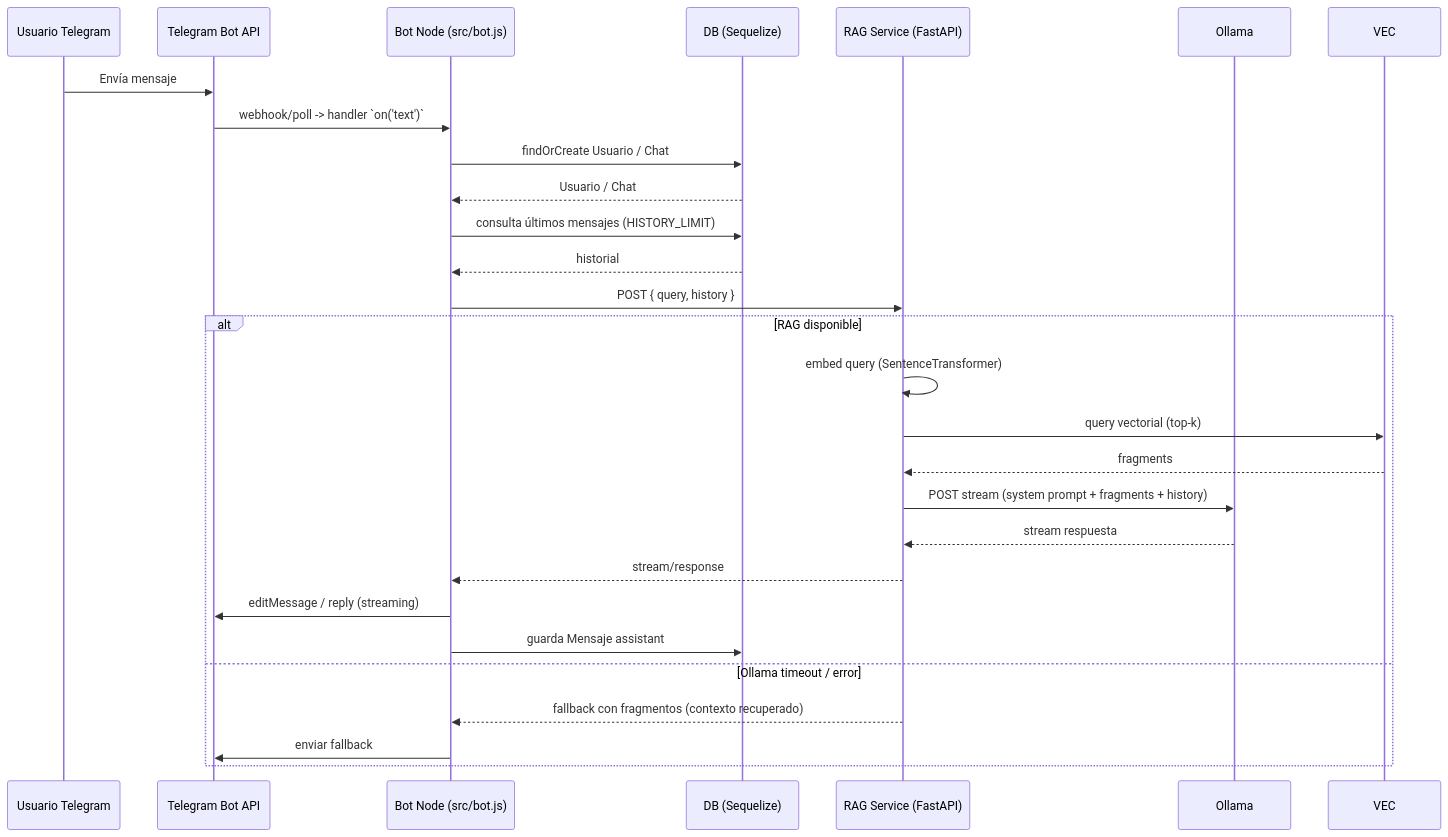
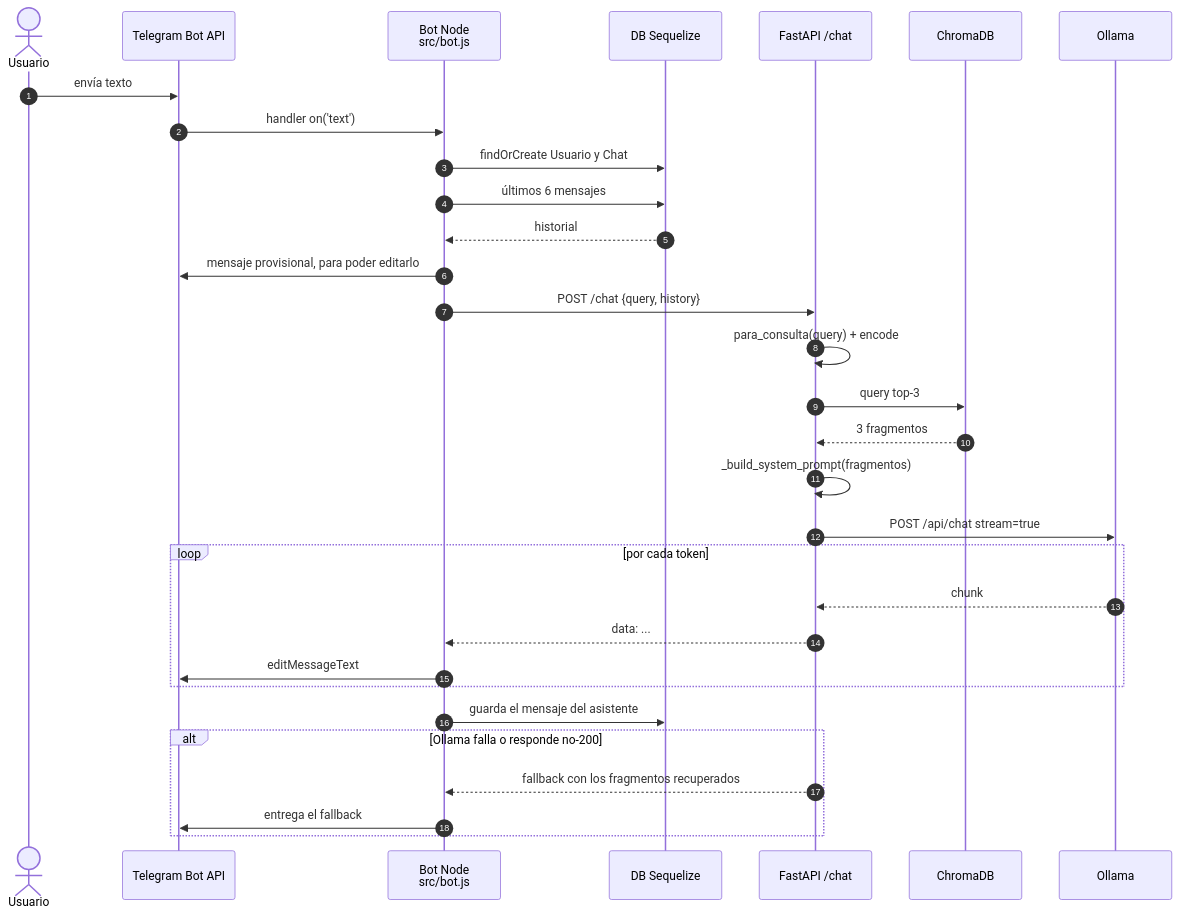
Before and after one commit to Yami-000/EmprendeBackend: the second of 5 diagrams in Diagramas.md, drawn with Mermaid. The commit also changed other lines of this file and 4 other files, not shown here.

````diff
--- a/Diagramas.md
+++ b/Diagramas.md
@@ -36,31 +67,38 @@
 ```mermaid
 sequenceDiagram
-  participant User as Usuario Telegram
-  participant TelegramAPI as Telegram Bot API
-  participant Bot as Bot Node (src/bot.js)
-  participant DB as DB (Sequelize)
-  participant RAG as RAG Service (FastAPI)
-  participant Ollama as Ollama
+  autonumber
+  actor U as Usuario
+  participant TA as Telegram Bot API
+  participant B as Bot Node<br/>src/bot.js
+  participant DB as DB Sequelize
+  participant RAG as FastAPI /chat
+  participant VEC as ChromaDB
+  participant OLL as Ollama
 
-  User->>TelegramAPI: Envía mensaje
-  TelegramAPI->>Bot: webhook/poll -> handler `on('text')`
-  Bot->>DB: findOrCreate Usuario / Chat
-  DB-->>Bot: Usuario / Chat
-  Bot->>DB: consulta últimos mensajes (HISTORY_LIMIT)
-  DB-->>Bot: historial
-  Bot->>RAG: POST { query, history }
-  alt RAG disponible
-    RAG->>RAG: embed query (SentenceTransformer)
-    RAG->>VEC: query vectorial (top-k)
-    VEC-->>RAG: fragments
-    RAG->>Ollama: POST stream (system prompt + fragments + history)
-    Ollama-->>RAG: stream respuesta
-    RAG-->>Bot: stream/response
-    Bot->>TelegramAPI: editMessage / reply (streaming)
-    Bot->>DB: guarda Mensaje assistant
-  else Ollama timeout / error
-    RAG-->>Bot: fallback con fragmentos (contexto recuperado)
-    Bot->>TelegramAPI: enviar fallback
+  U->>TA: envía texto
+  TA->>B: handler on('text')
+  B->>DB: findOrCreate Usuario y Chat
+  B->>DB: últimos 6 mensajes
+  DB-->>B: historial
+  B->>TA: mensaje provisional, para poder editarlo
+  B->>RAG: POST /chat {query, history}
+
+  RAG->>RAG: para_consulta(query) + encode
+  RAG->>VEC: query top-3
+  VEC-->>RAG: 3 fragmentos
+  RAG->>RAG: _build_system_prompt(fragmentos)
+  RAG->>OLL: POST /api/chat stream=true
+
+  loop por cada token
+    OLL-->>RAG: chunk
+    RAG-->>B: data: ...
+    B->>TA: editMessageText
   end
 
+  B->>DB: guarda el mensaje del asistente
+
+  alt Ollama falla o responde no-200
+    RAG-->>B: fallback con los fragmentos recuperados
+    B->>TA: entrega el fallback
+  end
 ```
````
